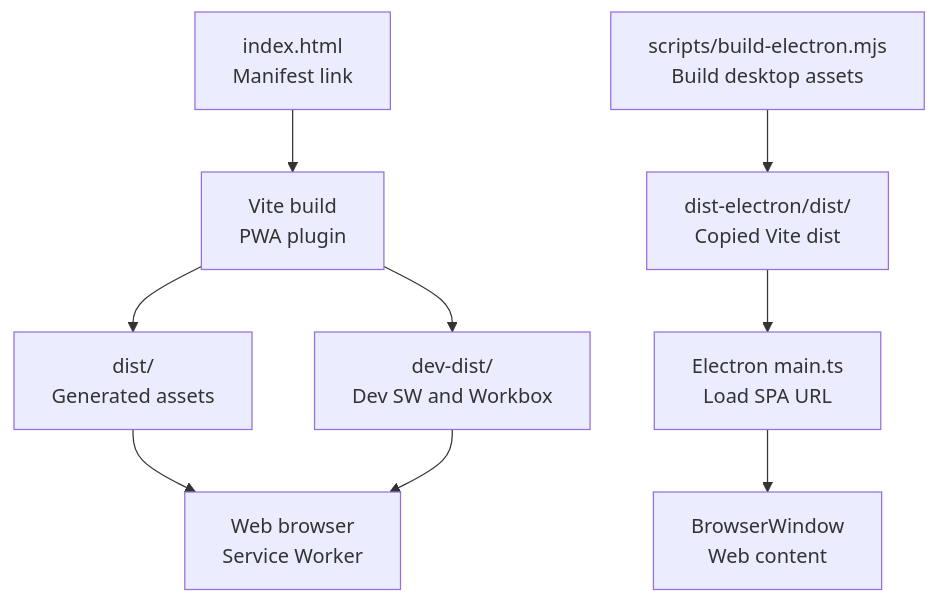
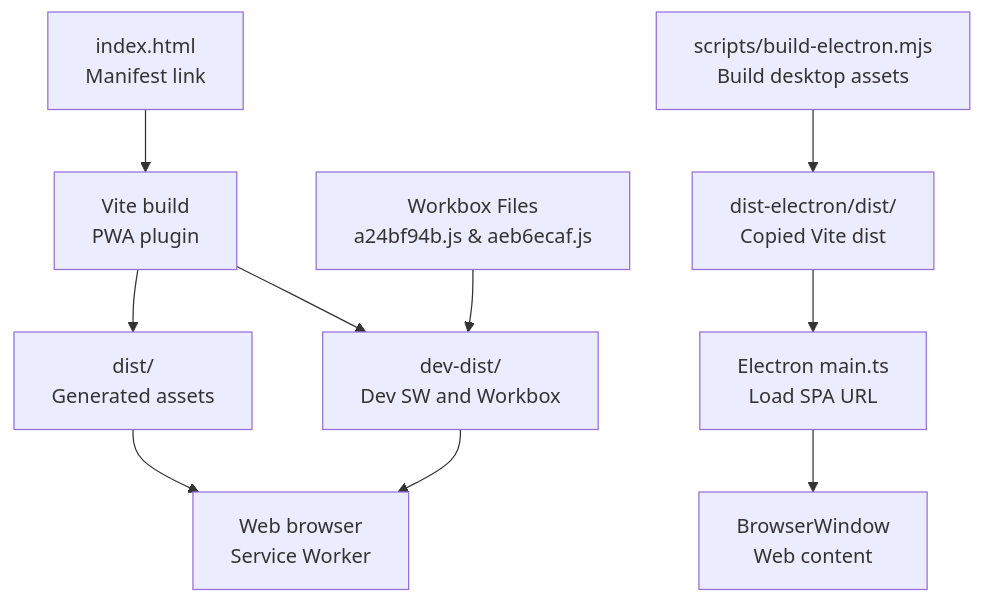
One commit to Glimora-X/work-helper changed the first of 9 diagrams in .qoder/repowiki/en/content/Frontend Application Architecture/PWA and Offline Capabilities.md. Above: the diagram before and after it, drawn with Mermaid. The commit also changed other lines of this file and 5 other files, not shown here.

First line of the commit message:
docs(skill): enhance skill system architecture and documentation

````diff
--- a/.qoder/repowiki/en/content/Frontend Application Architecture/PWA and Offline Capabilities.md
+++ b/.qoder/repowiki/en/content/Frontend Application Architecture/PWA and Offline Capabilities.md
@@ -38,11 +47,12 @@
 ```mermaid
 graph TB
 A["index.html<br/>Manifest link"] --> B["Vite build<br/>PWA plugin"]
 B --> C["dist/<br/>Generated assets"]
 B --> D["dev-dist/<br/>Dev SW and Workbox"]
 C --> E["Web browser<br/>Service Worker"]
 D --> E
 F["scripts/build-electron.mjs<br/>Build desktop assets"] --> G["dist-electron/dist/<br/>Copied Vite dist"]
 G --> H["Electron main.ts<br/>Load SPA URL"]
 H --> I["BrowserWindow<br/>Web content"]
+J["Workbox Files<br/>a24bf94b.js & aeb6ecaf.js"] --> D
 ```
````
